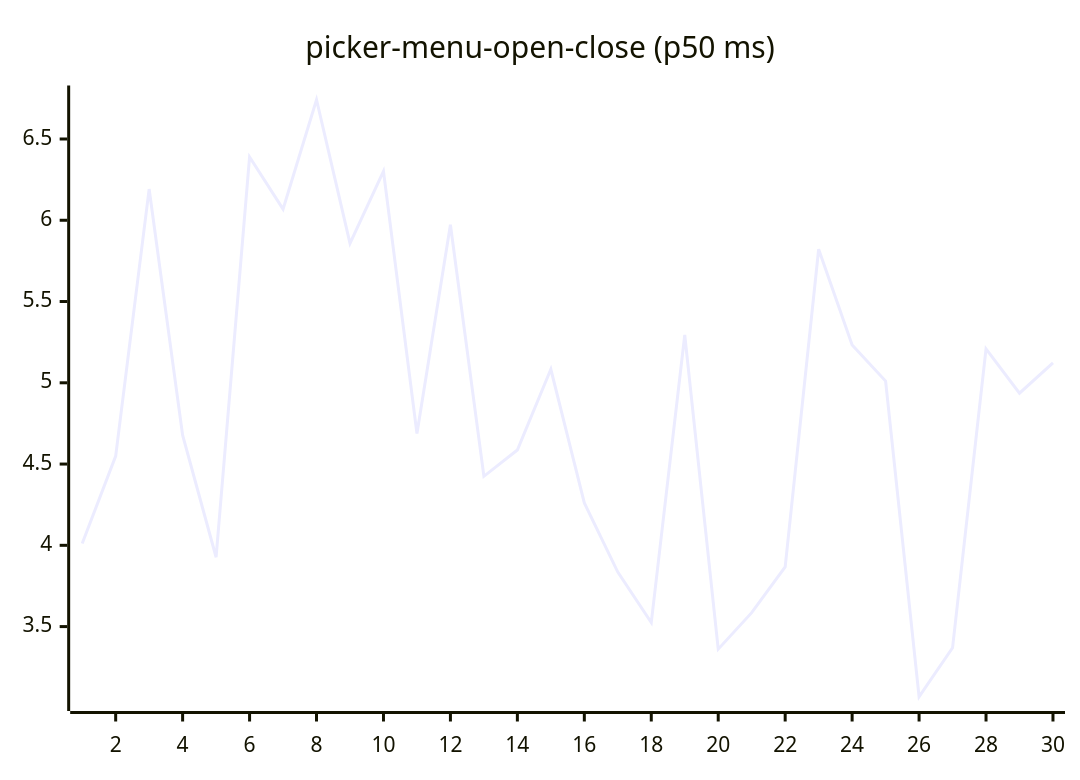
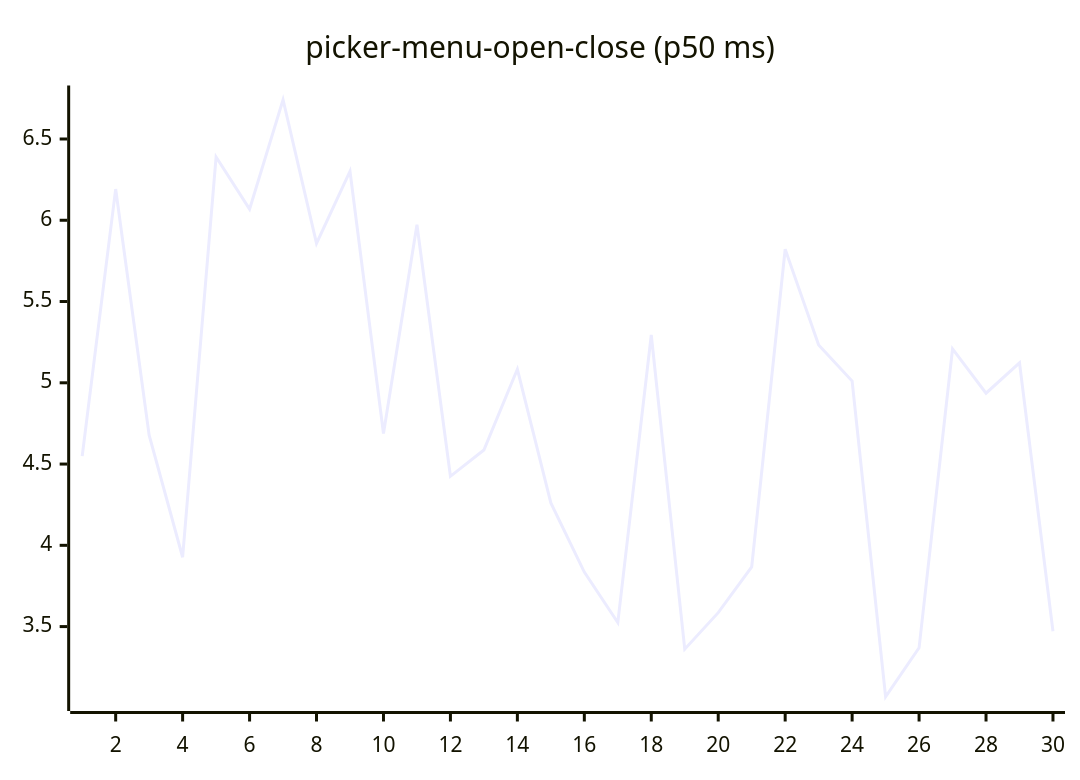
Before and after one commit to josha/Facet: diagram 16 of 27 in README.md, drawn with Mermaid. The commit also changed other lines of this file and 2 other files, not shown here.

````diff
--- a/README.md
+++ b/README.md
@@ -168,6 +168,6 @@
 ```mermaid
 xychart-beta
     title "picker-menu-open-close (p50 ms)"
     x-axis 1 --> 30
-    line [4.0112, 4.5489, 6.1919, 4.6774, 3.9267, 6.3897, 6.0683, 6.7415, 5.8582, 6.3016, 4.6878, 5.9725, 4.4246, 4.5868, 5.0832, 4.2609, 3.8354, 3.5244, 5.2942, 3.3612, 3.5857, 3.8672, 5.8216, 5.2328, 5.0107, 3.0683, 3.3695, 5.2090, 4.9360, 5.1232]
+    line [4.5489, 6.1919, 4.6774, 3.9267, 6.3897, 6.0683, 6.7415, 5.8582, 6.3016, 4.6878, 5.9725, 4.4246, 4.5868, 5.0832, 4.2609, 3.8354, 3.5244, 5.2942, 3.3612, 3.5857, 3.8672, 5.8216, 5.2328, 5.0107, 3.0683, 3.3695, 5.2090, 4.9360, 5.1232, 3.4711]
 ```
````
